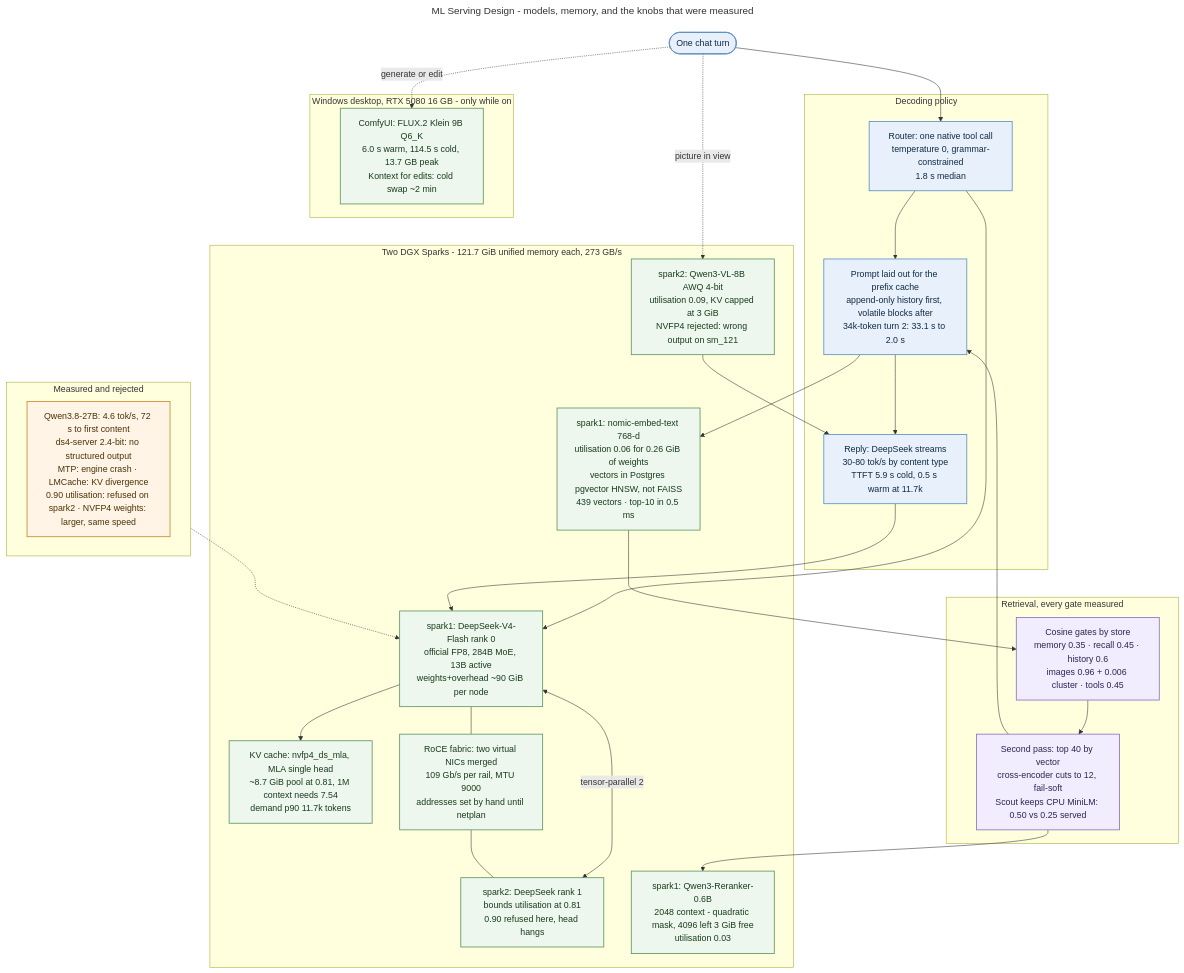
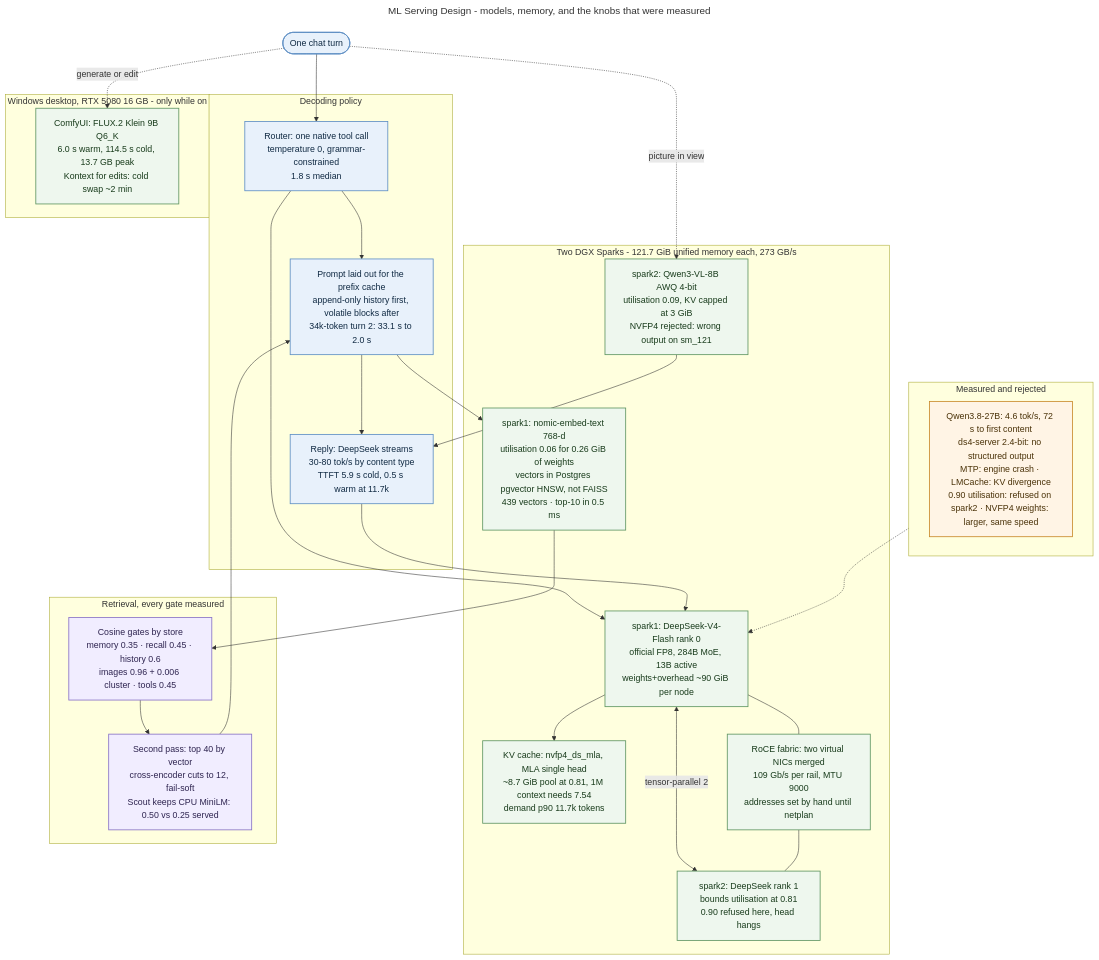
Before and after one commit to MallyaAni/PersonalAssistant: the diagram in docs/diagrams/ml-serving-design.mmd, drawn with Mermaid. The commit also changed 18 other files, not shown here.

```diff
--- a/docs/diagrams/ml-serving-design.mmd
+++ b/docs/diagrams/ml-serving-design.mmd
@@ -1,55 +1,53 @@
 ---
 title: ML Serving Design - models, memory, and the knobs that were measured
 ---
 flowchart TB
     Turn([One chat turn])
 
     subgraph Decode[Decoding policy]
         Route[Router: one native tool call<br/>temperature 0, grammar-constrained<br/>1.8 s median]
         Prompt[Prompt laid out for the prefix cache<br/>append-only history first, volatile blocks after<br/>34k-token turn 2: 33.1 s to 2.0 s]
         Reply[Reply: DeepSeek streams<br/>30-80 tok/s by content type<br/>TTFT 5.9 s cold, 0.5 s warm at 11.7k]
     end
 
     subgraph Sparks[Two DGX Sparks - 121.7 GiB unified memory each, 273 GB/s]
         Head[spark1: DeepSeek-V4-Flash rank 0<br/>official FP8, 284B MoE, 13B active<br/>weights+overhead ~90 GiB per node]
         Rank1[spark2: DeepSeek rank 1<br/>bounds utilisation at 0.81<br/>0.90 refused here, head hangs]
         KV[KV cache: nvfp4_ds_mla, MLA single head<br/>~8.7 GiB pool at 0.81, 1M context needs 7.54<br/>demand p90 11.7k tokens]
         Fabric[RoCE fabric: two virtual NICs merged<br/>109 Gb/s per rail, MTU 9000<br/>addresses set by hand until netplan]
         VLM[spark2: Qwen3-VL-8B AWQ 4-bit<br/>utilisation 0.09, KV capped at 3 GiB<br/>NVFP4 rejected: wrong output on sm_121]
         Embed[spark1: nomic-embed-text 768-d<br/>utilisation 0.06 for 0.26 GiB of weights<br/>vectors in Postgres pgvector HNSW, not FAISS<br/>439 vectors · top-10 in 0.5 ms]
-        Rerank[spark1: Qwen3-Reranker-0.6B<br/>2048 context - quadratic mask, 4096 left 3 GiB free<br/>utilisation 0.03]
         Head <-->|tensor-parallel 2| Rank1
         Head --- Fabric --- Rank1
     end
 
     subgraph Retrieval[Retrieval, every gate measured]
         Gates[Cosine gates by store<br/>memory 0.35 · recall 0.45 · history 0.6<br/>images 0.96 + 0.006 cluster · tools 0.45]
         Second[Second pass: top 40 by vector<br/>cross-encoder cuts to 12, fail-soft<br/>Scout keeps CPU MiniLM: 0.50 vs 0.25 served]
     end
 
     subgraph Desktop[Windows desktop, RTX 5080 16 GB - only while on]
         Flux[ComfyUI: FLUX.2 Klein 9B Q6_K<br/>6.0 s warm, 114.5 s cold, 13.7 GB peak<br/>Kontext for edits: cold swap ~2 min]
     end
 
     subgraph Rejected[Measured and rejected]
         No[Qwen3.8-27B: 4.6 tok/s, 72 s to first content<br/>ds4-server 2.4-bit: no structured output<br/>MTP: engine crash · LMCache: KV divergence<br/>0.90 utilisation: refused on spark2 · NVFP4 weights: larger, same speed]
     end
 
     Turn --> Route --> Prompt --> Reply
     Route --> Head
     Reply --> Head
     Head --> KV
     Prompt --> Embed --> Gates --> Second --> Prompt
-    Second --> Rerank
     Turn -.->|picture in view| VLM --> Reply
     Turn -.->|generate or edit| Flux
     Rejected -.-> Head
 
     classDef step fill:#e8f1fb,stroke:#5e8fc4,color:#102a43,stroke-width:1.5px;
     classDef infra fill:#eef7ee,stroke:#5f9562,color:#183b1b,stroke-width:1.5px;
     classDef note fill:#f1edff,stroke:#8872c6,color:#2e2450,stroke-width:1.5px;
     classDef warn fill:#fff4e5,stroke:#c98a2b,color:#4a3208,stroke-width:1.5px;
     class Turn,Route,Prompt,Reply step;
-    class Head,Rank1,KV,Fabric,VLM,Embed,Rerank,Flux infra;
+    class Head,Rank1,KV,Fabric,VLM,Embed,Flux infra;
     class Gates,Second note;
     class No warn;
```
